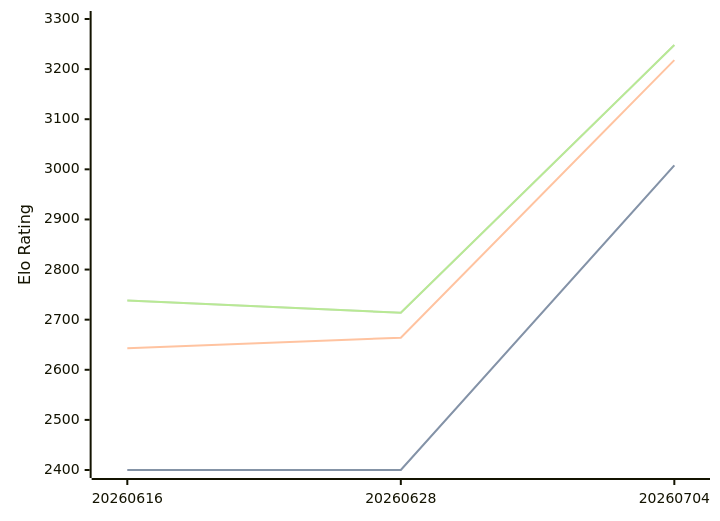
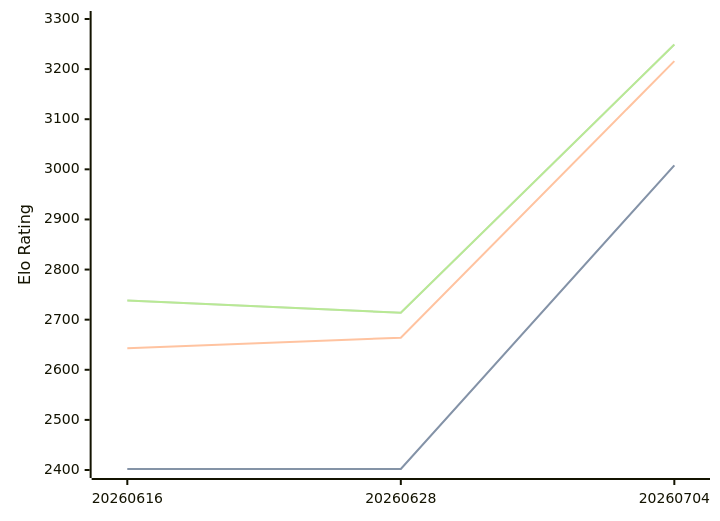
One commit to computer-chess-index/cci changed the third of 3 diagrams in engines/Askaig.md. Above: the diagram before and after it, drawn with Mermaid. The commit also changed other lines of this file, not shown here.

Commit message:
Update CCI Ratings (ELO VLTC) - 2026-07-14

````diff
--- a/engines/Askaig.md
+++ b/engines/Askaig.md
@@ -68,11 +68,11 @@
 ```mermaid
 %%{init: {"theme":"base","themeVariables":{"seriesColors:['#a3a3a3','#222221','#faa371']}}}%%
 xychart-beta
   x-axis ["20260616", "20260628", "20260704"]
   y-axis "Elo Rating" 2400 --> 3300
-  line "STC (8.0+0.08s)" [2400, 2400, 3008]
-  line "STC (8.0+0.08s)" [2400, 2400, 3008]
-  line "LTC (60.0+0.60s)" [2643, 2664, 3218]
-  line "VLTC (2m24s+1.12s)" [2738, 2714, 3248]
-  line "VLTC (2m24s+1.12s)" [2738, 2714, 3248]
+  line "STC (8.0+0.08s)" [2402, 2402, 3008]
+  line "STC (8.0+0.08s)" [2402, 2402, 3008]
+  line "LTC (60.0+0.60s)" [2643, 2664, 3216]
+  line "VLTC (2m24s+1.12s)" [2738, 2714, 3249]
+  line "VLTC (2m24s+1.12s)" [2738, 2714, 3249]
 ```
````
